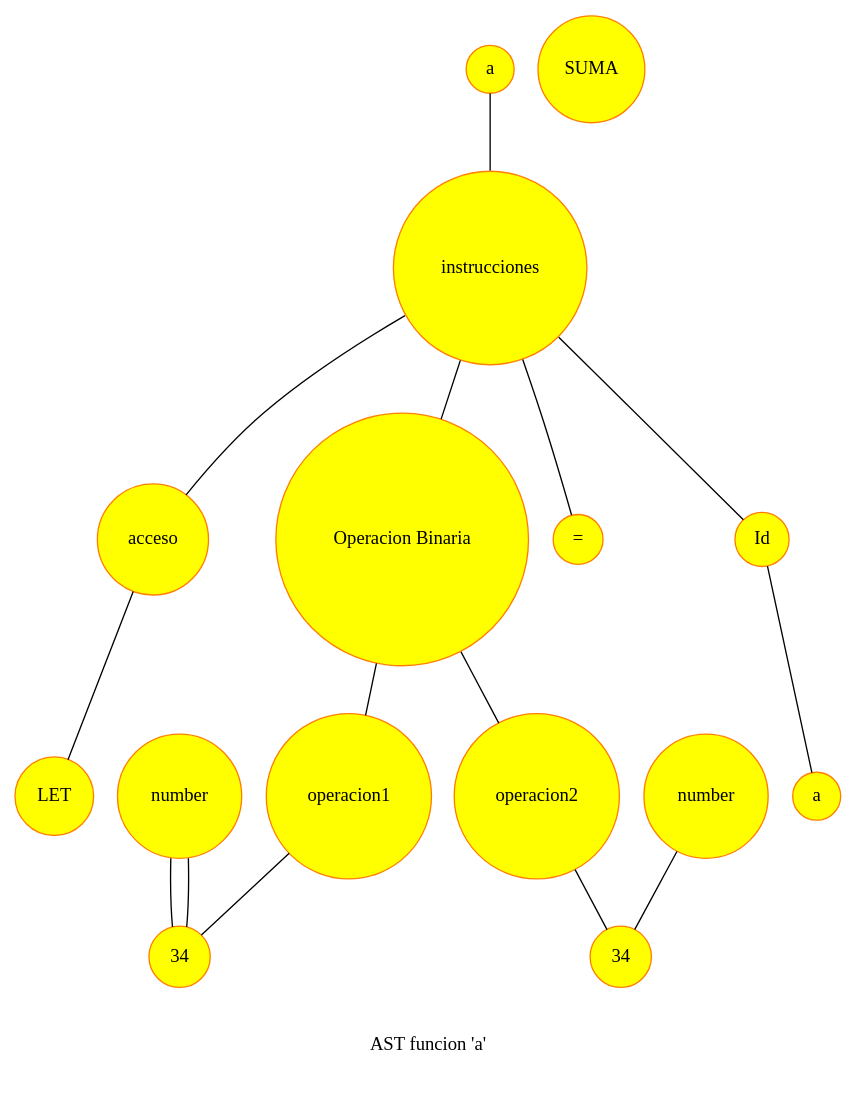
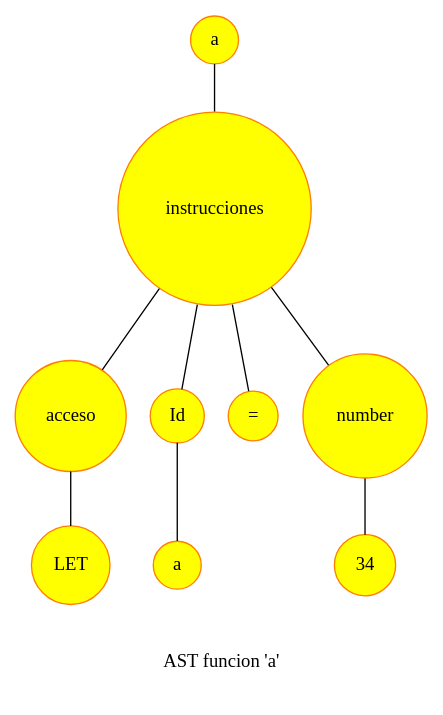
The diagram in TypeSecure/AST.dot (Peter2510/TypeSecure), drawn with Graphviz before and after one commit. The commit also changed 29 other files, not shown here.

```diff
--- a/TypeSecure/AST.dot
+++ b/TypeSecure/AST.dot
@@ -1,41 +1,27 @@
 digraph G
 {
 node[shape = circle]
     node[style = filled]
     node[fillcolor = "#FFFF00"]
     node[color = "#FF7F00"]
     edge[color = "#000000",arrowhead=none]
 node1[label="Declaracion"]
 node2[label="acceso"]
 node3[label="Id"]
 node4[label="LET"]
 node5[label="a"]
 node6[label="="]
-node7[label="Operacion Binaria"]
-node8[label="operacion1"]
-node9[label="operacion2"]
-node10[label="SUMA"]
-node11[label="number"]
-node12[label="34"]
-node11->node12
-node11[label="number"]
-node12[label="34"]
-node11->node12
-node13[label="number"]
-node14[label="34"]
-node13->node14
+node7[label="number"]
+node8[label="34"]
 node7->node8
-node8->node12
-node7->node9
-node9->node14
 node1->node2
 node2->node4
 node1->node3
 node3->node5
 node1->node6
 node1->node7
 node0[label="a"]
 node1[label="instrucciones"]
 node0->node1
 
  label="\n\nAST funcion 'a'\n\n"}
```
